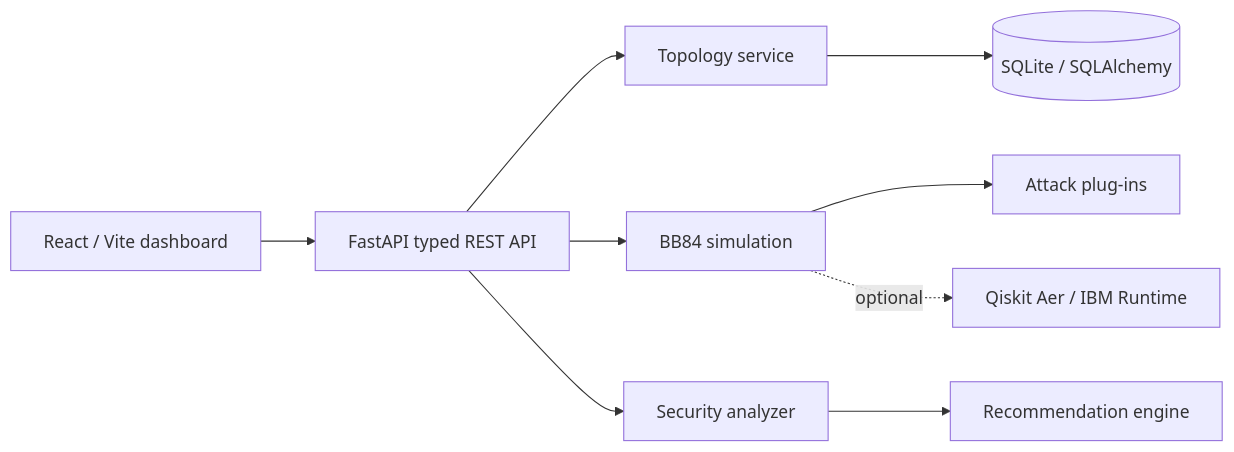
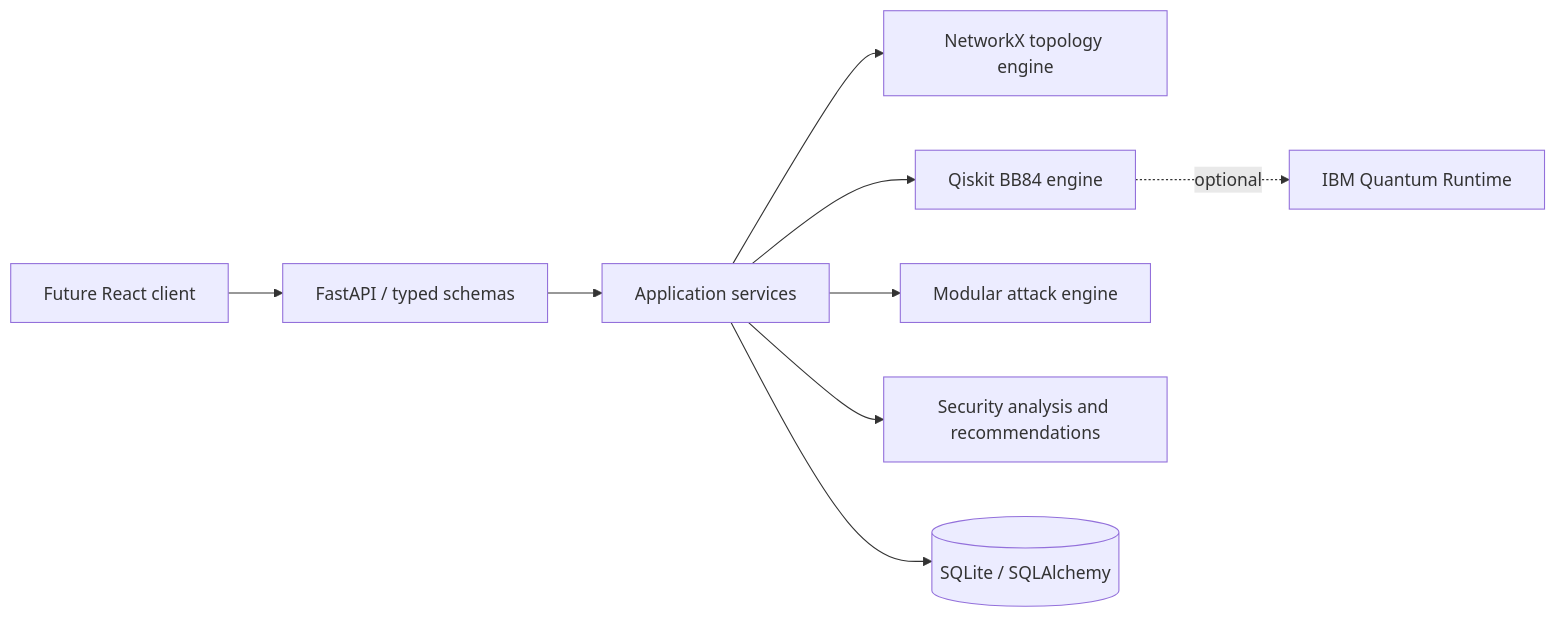
Before and after one commit to Sguy1908/QSecNet: the diagram in docs/architecture.md, drawn with Mermaid. The commit also changed other lines of this file and 64 other files, not shown here.

````diff
--- a/docs/architecture.md
+++ b/docs/architecture.md
@@ -6,11 +5,11 @@
 ```mermaid
 flowchart LR
-  UI[React / Vite dashboard] --> API[FastAPI typed REST API]
-  API --> T[Topology service]
-  API --> S[BB84 simulation]
-  S --> A[Attack plug-ins]
-  API --> M[Security analyzer]
-  M --> R[Recommendation engine]
-  T --> DB[(SQLite / SQLAlchemy)]
-  S -. optional .-> Q[Qiskit Aer / IBM Runtime]
+    Client[Future React client] --> API[FastAPI / typed schemas]
+    API --> Services[Application services]
+    Services --> Network[NetworkX topology engine]
+    Services --> Quantum[Qiskit BB84 engine]
+    Services --> Attacks[Modular attack engine]
+    Services --> Analysis[Security analysis and recommendations]
+    Services --> DB[(SQLite / SQLAlchemy)]
+    Quantum -. optional .-> IBM[IBM Quantum Runtime]
 ```
````
